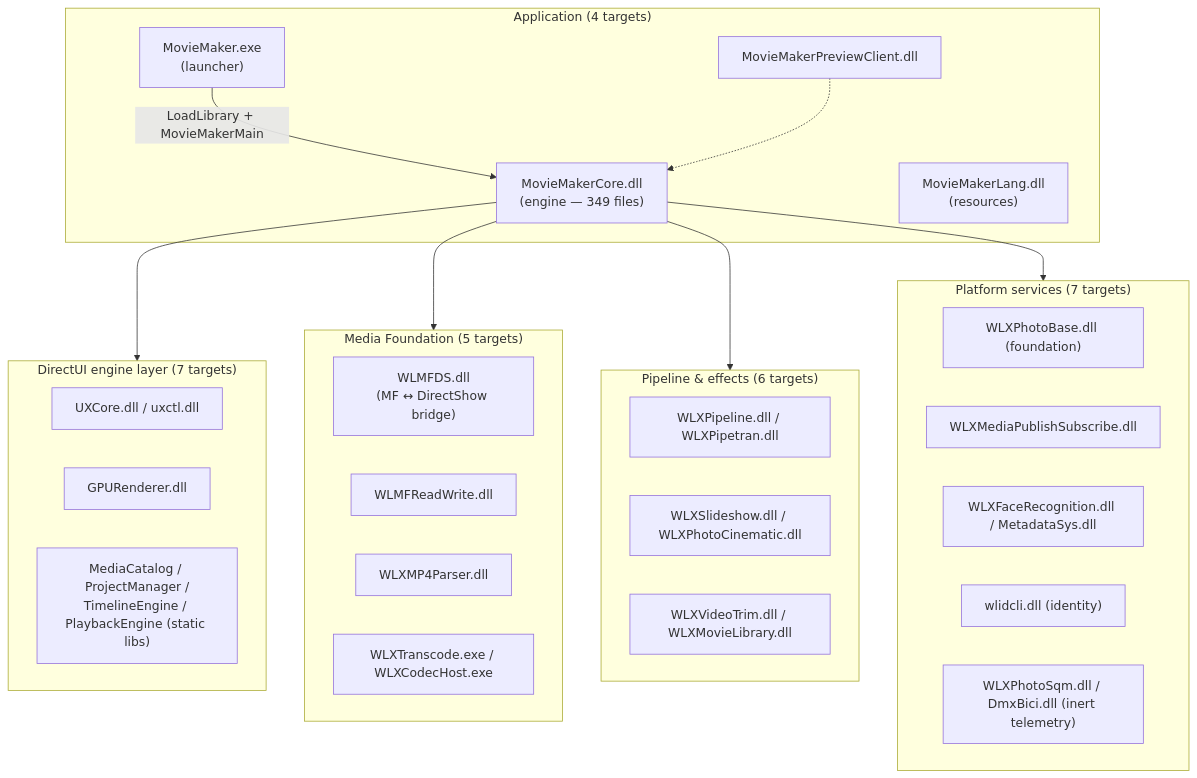
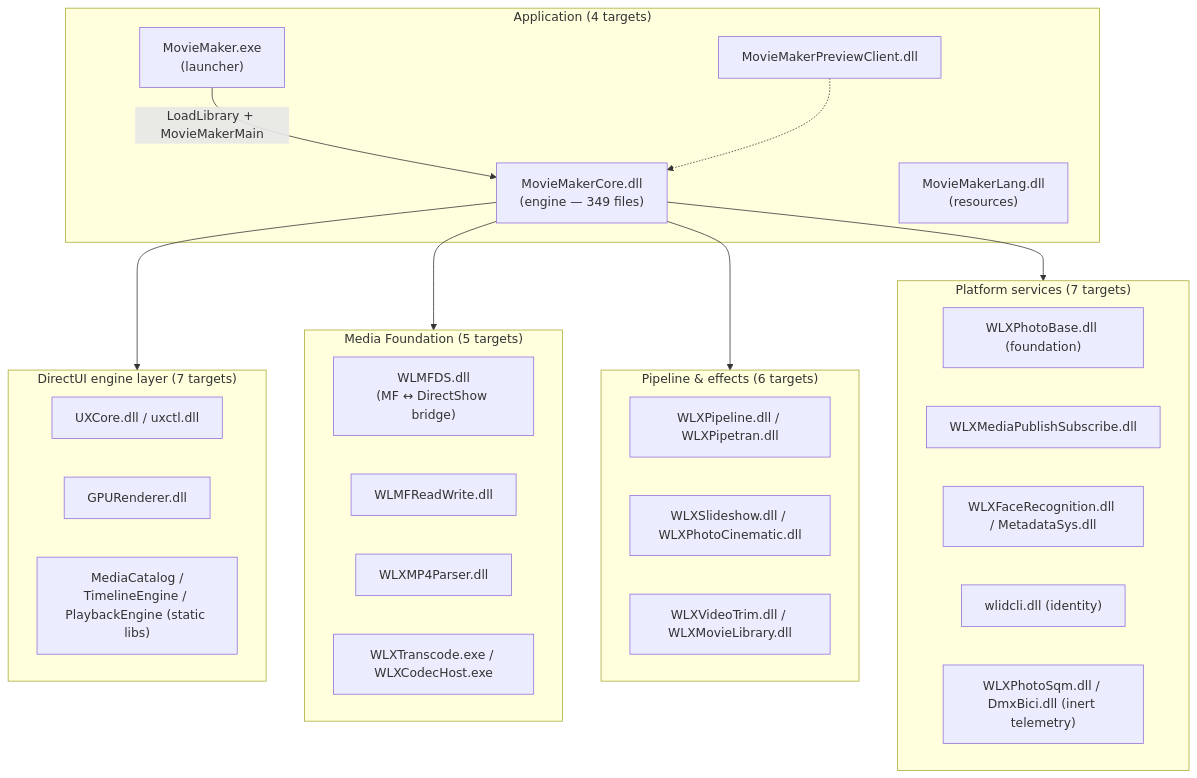
Before and after one commit to havaianasdestruido/WindowsMovieMakerDecomp: the diagram in website/docs/architecture/overview.md, drawn with Mermaid. The commit also changed 14 other files, not shown here.

````diff
--- a/website/docs/architecture/overview.md
+++ b/website/docs/architecture/overview.md
@@ -16,43 +16,43 @@
 ```mermaid
 flowchart TB
     subgraph APP["Application (4 targets)"]
         MM["MovieMaker.exe<br/>(launcher)"]
         CORE["MovieMakerCore.dll<br/>(engine — 349 files)"]
         LANG["MovieMakerLang.dll<br/>(resources)"]
         MPC["MovieMakerPreviewClient.dll"]
     end
 
     subgraph DUI["DirectUI engine layer (7 targets)"]
         UX["UXCore.dll / uxctl.dll"]
         GPU["GPURenderer.dll"]
-        MEDIA["MediaCatalog / ProjectManager /<br/>TimelineEngine / PlaybackEngine (static libs)"]
+        MEDIA["MediaCatalog /<br/>TimelineEngine / PlaybackEngine (static libs)"]
     end
 
     subgraph MF["Media Foundation (5 targets)"]
         MFDS["WLMFDS.dll<br/>(MF ↔ DirectShow bridge)"]
         MFRW["WLMFReadWrite.dll"]
         MP4["WLXMP4Parser.dll"]
         TCD["WLXTranscode.exe / WLXCodecHost.exe"]
     end
 
     subgraph PIPE["Pipeline & effects (6 targets)"]
         PL["WLXPipeline.dll / WLXPipetran.dll"]
         SS["WLXSlideshow.dll / WLXPhotoCinematic.dll"]
         VT["WLXVideoTrim.dll / WLXMovieLibrary.dll"]
     end
 
     subgraph PLAT["Platform services (7 targets)"]
         PB["WLXPhotoBase.dll (foundation)"]
         PUB["WLXMediaPublishSubscribe.dll"]
         FR["WLXFaceRecognition.dll / MetadataSys.dll"]
         ID["wlidcli.dll (identity)"]
         TEL["WLXPhotoSqm.dll / DmxBici.dll (inert telemetry)"]
     end
 
     MM -->|"LoadLibrary + MovieMakerMain"| CORE
     CORE --> DUI
     CORE --> MF
     CORE --> PIPE
     CORE --> PLAT
     MPC -.-> CORE
 ```
````
